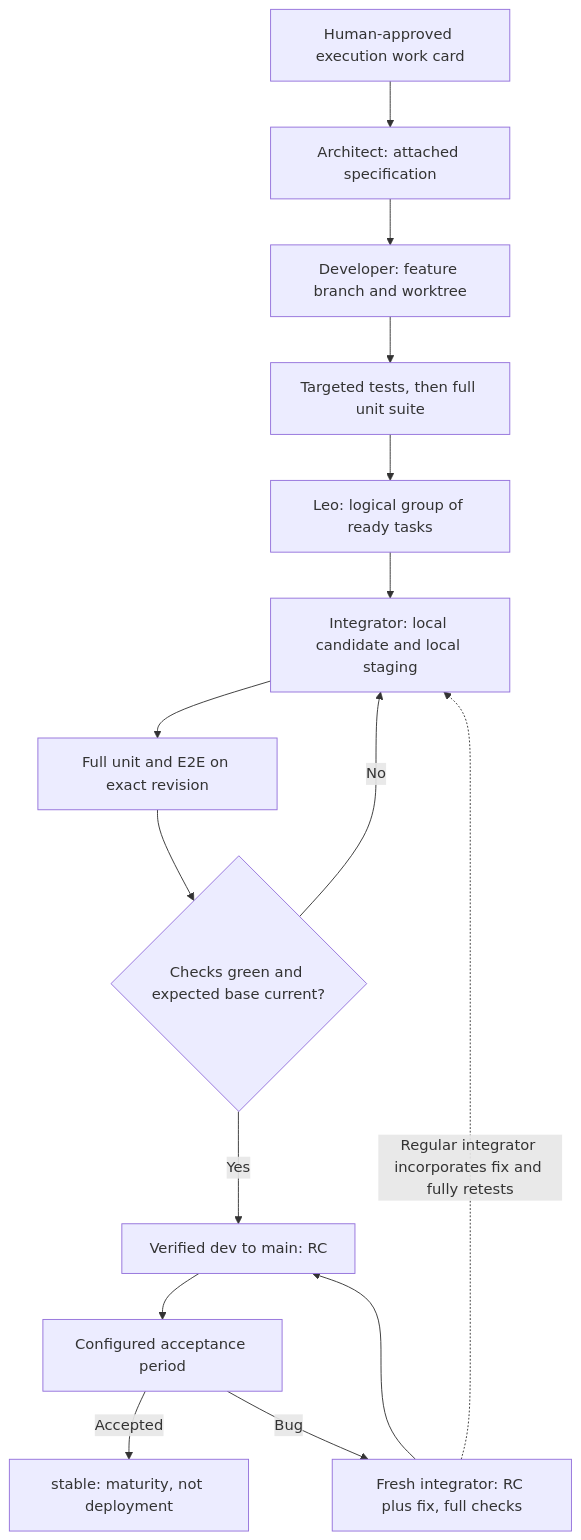
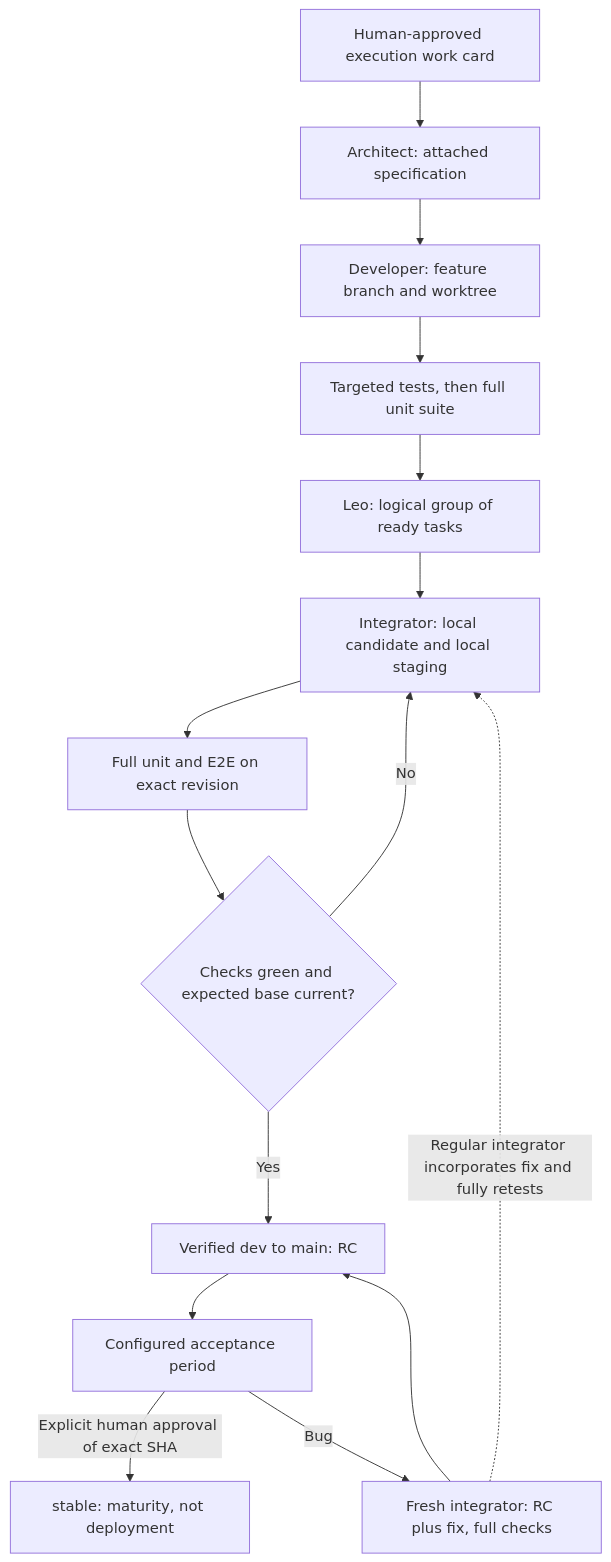
Before and after one commit to alexmakeev/jam-bot: the first of 4 diagrams in docs/PRD.md, drawn with Mermaid. The commit also changed other lines of this file and 2 other files, not shown here.

Commit message:
docs: reconcile autonomy, recovery, consultation and build approval (refs #1)

````diff
--- a/docs/PRD.md
+++ b/docs/PRD.md
@@ -55,17 +55,17 @@
 ```mermaid
 flowchart TD
   I["Human-approved execution work card"] --> A["Architect: attached specification"]
   A --> D["Developer: feature branch and worktree"]
   D --> U["Targeted tests, then full unit suite"]
   U --> B["Leo: logical group of ready tasks"]
   B --> C["Integrator: local candidate and local staging"]
   C --> T["Full unit and E2E on exact revision"]
   T --> G{"Checks green and expected base current?"}
   G -->|No| C
   G -->|Yes| M["Verified dev to main: RC"]
   M --> W["Configured acceptance period"]
-  W -->|Accepted| S["stable: maturity, not deployment"]
+  W -->|"Explicit human approval of exact SHA"| S["stable: maturity, not deployment"]
   W -->|Bug| F["Fresh integrator: RC plus fix, full checks"]
   F --> M
   F -. "Regular integrator incorporates fix and fully retests" .-> C
 ```
````
